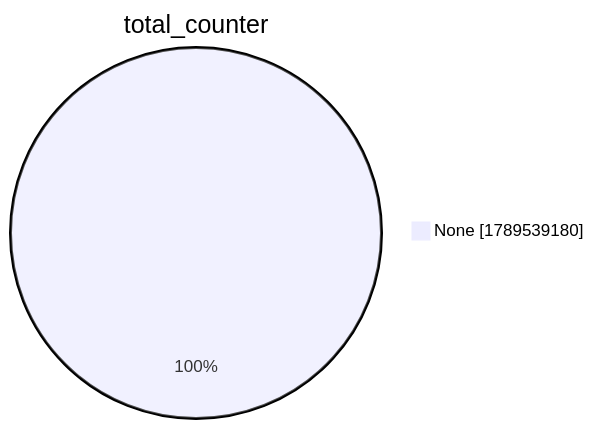
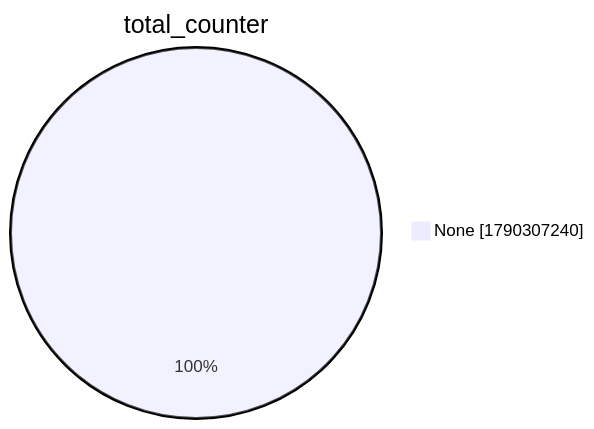
Before and after one commit to christiankrug/ctmonitor_visualization: the second of 15 diagrams in xenon2022/README.md, drawn with Mermaid. The commit also changed other lines of this file, not shown here.

````diff
--- a/xenon2022/README.md
+++ b/xenon2022/README.md
@@ -9,5 +9,5 @@
 ```mermaid
 pie showData
 title total_counter
-"None" :1789539180
+"None" :1790307240
 ```
````
